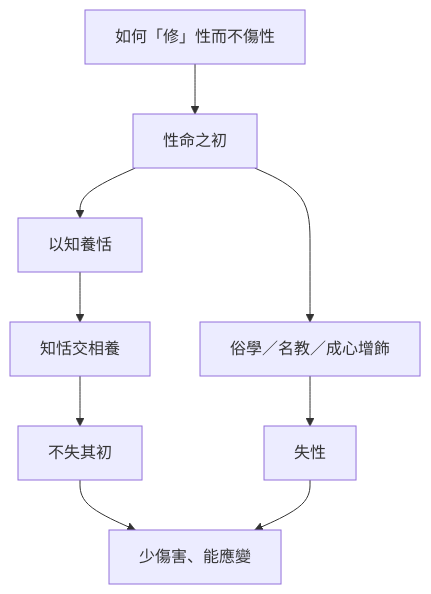
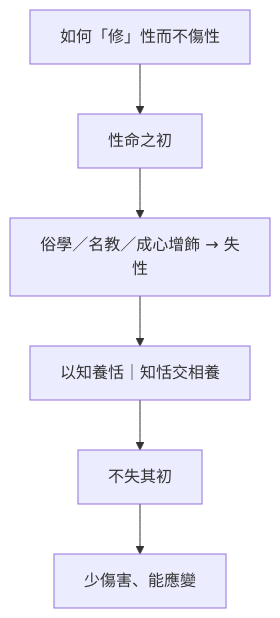
One commit to show0621/zhuangzi-atlas changed the diagram in content/chapters/02-外篇/16-繕性.md. Above: the diagram before and after it, drawn with Mermaid. The commit also changed other lines of this file and 35 other files, not shown here.

First line of the commit message:
fix(print): 全書心智圖改單欄並獨頁放大

````diff
--- a/content/chapters/02-外篇/16-繕性.md
+++ b/content/chapters/02-外篇/16-繕性.md
@@ -240,11 +240,9 @@
 ```mermaid
 flowchart TB
-  Q[如何「修」性而不傷性] --> A[性命之初]
-  A --> B[俗學／名教／成心增飾]
-  B --> C[失性]
-  A --> D[以知養恬]
-  D --> E[知恬交相養]
-  E --> F[不失其初]
-  F --> R[少傷害、能應變]
-  C --> R
+  Q["如何「修」性而不傷性"]
+  Q --> A["性命之初"]
+  A --> B["俗學／名教／成心增飾 → 失性"]
+  B --> D["以知養恬｜知恬交相養"]
+  D --> F["不失其初"]
+  F --> R["少傷害、能應變"]
 ```
````
